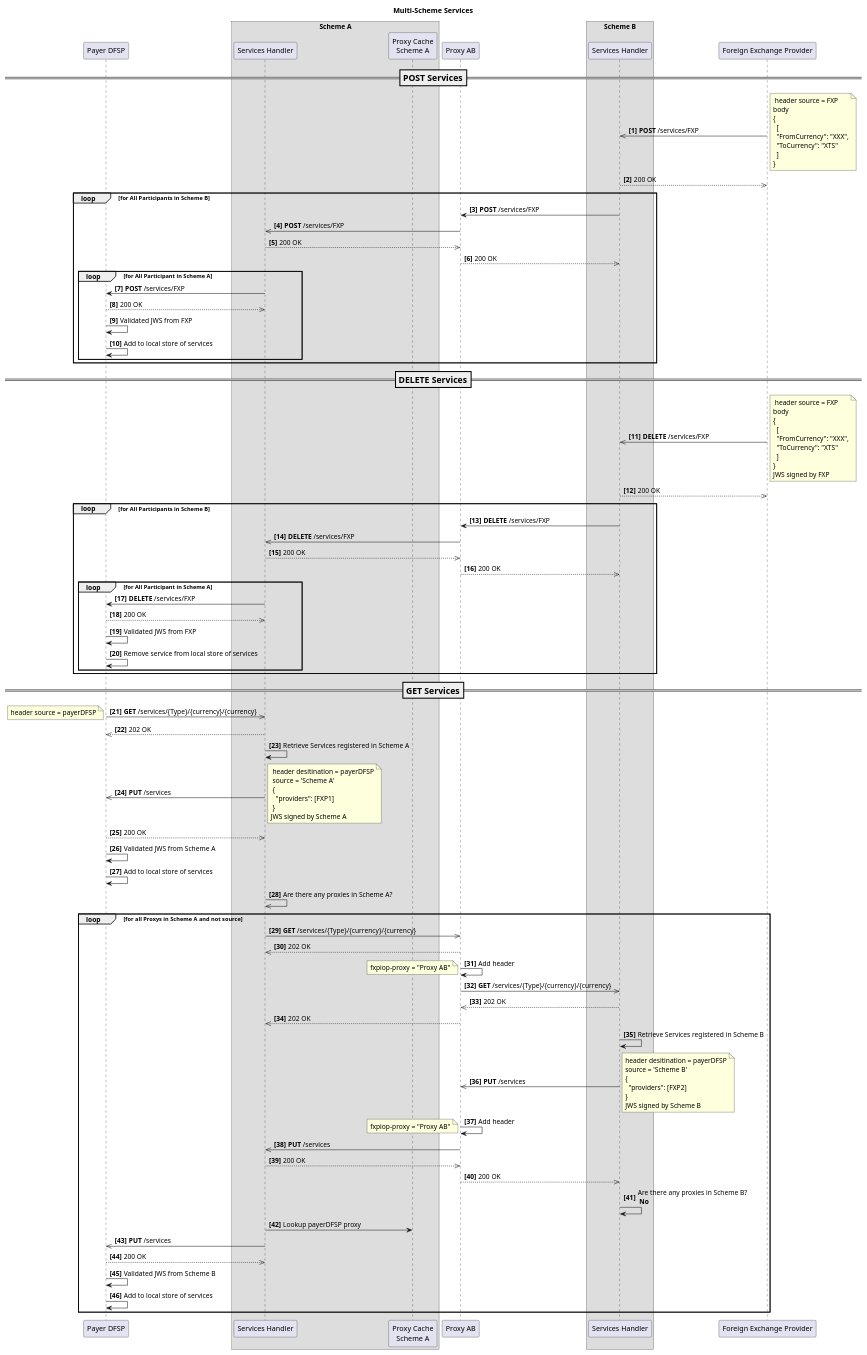
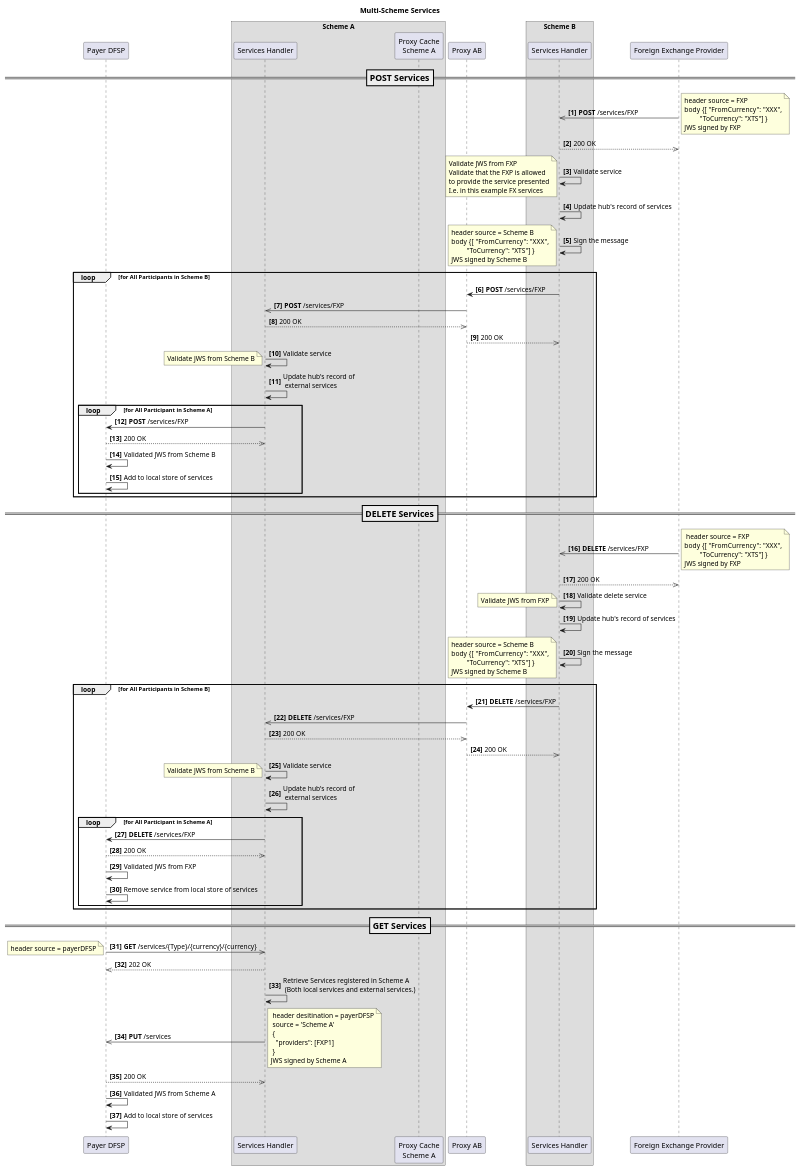
One commit to mojaloop/ml-inter-scheme-docs changed the diagram in Design/Proxy pattern - services.plantuml. Above: the diagram before and after it, drawn with PlantUML. The commit also changed 5 other files, not shown here.

```diff
--- a/Design/Proxy pattern - services.plantuml
+++ b/Design/Proxy pattern - services.plantuml
@@ -1,133 +1,125 @@
 @startuml
 
 title Multi-Scheme Services
 
 participant "Payer DFSP" as payerDFSP
 box "Scheme A"
     participant "Services Handler" as services_A
     participant "Proxy Cache\nScheme A" as pc_A
 end box
 participant "Proxy AB" as xnp
 box "Scheme B"
     participant "Services Handler" as services_B
 end box
 participant "Foreign Exchange Provider" as FXP
 autonumber 1 "<b>[0]"
 
 === POST Services ==
 FXP ->> services_B: **POST** /services/FXP
 note right
- header source = FXP
-body
-{
-  [
-  "FromCurrency": "XXX",
-  "ToCurrency": "XTS"
-  ]
-}
+header source = FXP
+body  {[ "FromCurrency": "XXX",
+         "ToCurrency": "XTS"] }
+JWS signed by FXP
 end note
 services_B -->> FXP: 200 OK
+services_B->services_B: Validate service
+note left
+Validate JWS from FXP
+Validate that the FXP is allowed 
+to provide the service presented
+I.e. in this example FX services
+end note
+services_B->services_B: Update hub's record of services
+services_B->services_B: Sign the message
+note left
+header source = Scheme B
+body  {[ "FromCurrency": "XXX",
+         "ToCurrency": "XTS"] }
+JWS signed by Scheme B
+end note
+
 loop for All Participants in Scheme B
   services_B -> xnp: **POST** /services/FXP
   xnp ->> services_A: **POST** /services/FXP
   services_A -->> xnp: 200 OK
   xnp -->> services_B: 200 OK
+
+  services_A->services_A: Validate service
+  note left
+  Validate JWS from Scheme B
+  end note
+  services_A->services_A: Update hub's record of\n external services
+
   loop for All Participant in Scheme A
     services_A -> payerDFSP: **POST** /services/FXP
     payerDFSP -->> services_A: 200 OK
-    payerDFSP->payerDFSP: Validated JWS from FXP
+    payerDFSP->payerDFSP: Validated JWS from Scheme B
     payerDFSP->payerDFSP: Add to local store of services
   end loop
 end loop
 
 === DELETE Services ==
 FXP ->> services_B: **DELETE** /services/FXP
 note right
  header source = FXP
-body
-{
-  [
-  "FromCurrency": "XXX",
-  "ToCurrency": "XTS"
-  ]
-}
+body  {[ "FromCurrency": "XXX",
+         "ToCurrency": "XTS"] }
 JWS signed by FXP
 end note
 services_B -->> FXP: 200 OK
+services_B->services_B: Validate delete service
+note left
+Validate JWS from FXP
+end note
+services_B->services_B: Update hub's record of services
+services_B->services_B: Sign the message
+note left
+header source = Scheme B
+body  {[ "FromCurrency": "XXX",
+         "ToCurrency": "XTS"] }
+JWS signed by Scheme B
+end note
+
+
 loop for All Participants in Scheme B
   services_B -> xnp: **DELETE** /services/FXP
   xnp ->> services_A: **DELETE** /services/FXP
   services_A -->> xnp: 200 OK
   xnp -->> services_B: 200 OK
+  services_A->services_A: Validate service
+  note left
+  Validate JWS from Scheme B
+  end note
+  services_A->services_A: Update hub's record of\n external services
   loop for All Participant in Scheme A
     services_A -> payerDFSP: **DELETE** /services/FXP
     payerDFSP -->> services_A: 200 OK
     payerDFSP->payerDFSP: Validated JWS from FXP
     payerDFSP->payerDFSP: Remove service from local store of services
   end loop
 end loop
 
 === GET Services ==
 payerDFSP ->> services_A: **GET** /services/{Type}/{currency}/{currency}
 note left
  header source = payerDFSP
 end note
 services_A -->> payerDFSP: 202 OK
-  services_A -> services_A: Retrieve Services registered in Scheme A
+  services_A -> services_A: Retrieve Services registered in Scheme A\n (Both local services and external services.)
   services_A ->> payerDFSP: **PUT** /services
    note right
     header desitination = payerDFSP
     source = 'Scheme A'
     {
       "providers": [FXP1]
     }
    JWS signed by Scheme A
    end note
    payerDFSP -->> services_A: 200 OK
 payerDFSP->payerDFSP: Validated JWS from Scheme A
 payerDFSP->payerDFSP: Add to local store of services
 
-  services_A ->> services_A: Are there any proxies in Scheme A?
-  loop for all Proxys in Scheme A and not source    
-    services_A ->> xnp: **GET** /services/{Type}/{currency}/{currency}      
-    xnp -->> services_A: 202 OK
-
-    xnp->xnp: Add header
-    note left
-    fxpiop-proxy = "Proxy AB"
-    end note
-
-    xnp ->> services_B: **GET** /services/{Type}/{currency}/{currency}
-    services_B -->> xnp: 202 OK
-    xnp -->> services_A: 202 OK
-
-    services_B-> services_B: Retrieve Services registered in Scheme B
-    services_B ->> xnp: **PUT** /services
-note right
-header desitination = payerDFSP
-source = 'Scheme B'
-{
-  "providers": [FXP2]
-}
-JWS signed by Scheme B
-end note    
-    xnp->xnp: Add header
-    note left
-    fxpiop-proxy = "Proxy AB"
-    end note
-    
-    xnp ->> services_A: **PUT** /services
-    services_A -->> xnp: 200 OK
-    xnp -->> services_B: 200 OK
-    services_B->services_B: Are there any proxies in Scheme B?\n **No**
-
-    services_A -> pc_A: Lookup payerDFSP proxy
-    services_A ->> payerDFSP: **PUT** /services
-
-    payerDFSP -->> services_A: 200 OK
-    payerDFSP->payerDFSP: Validated JWS from Scheme B
-    payerDFSP->payerDFSP: Add to local store of services
-  end loop
 
 
 @enduml
```
